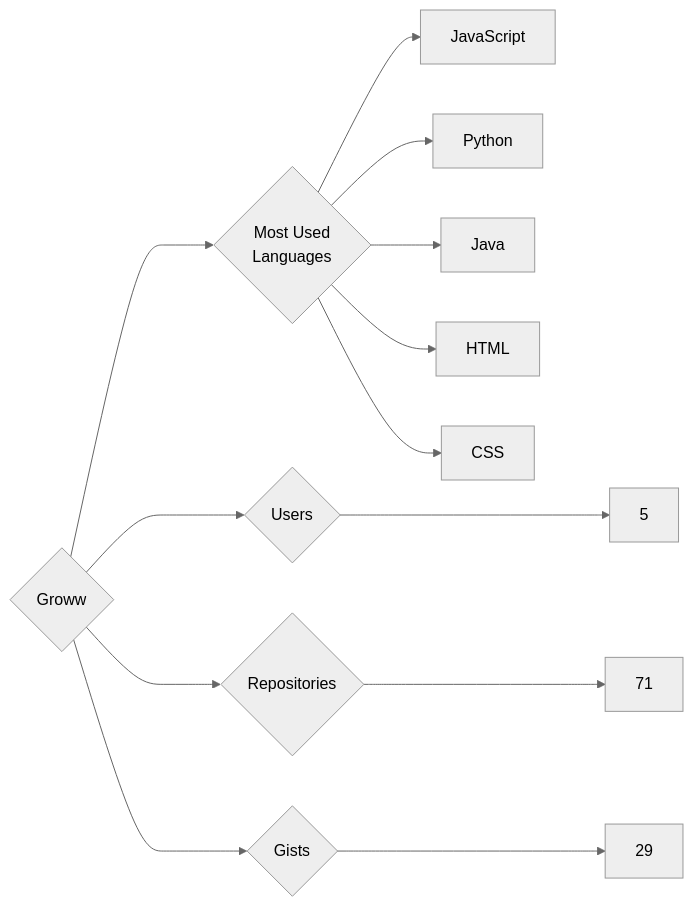
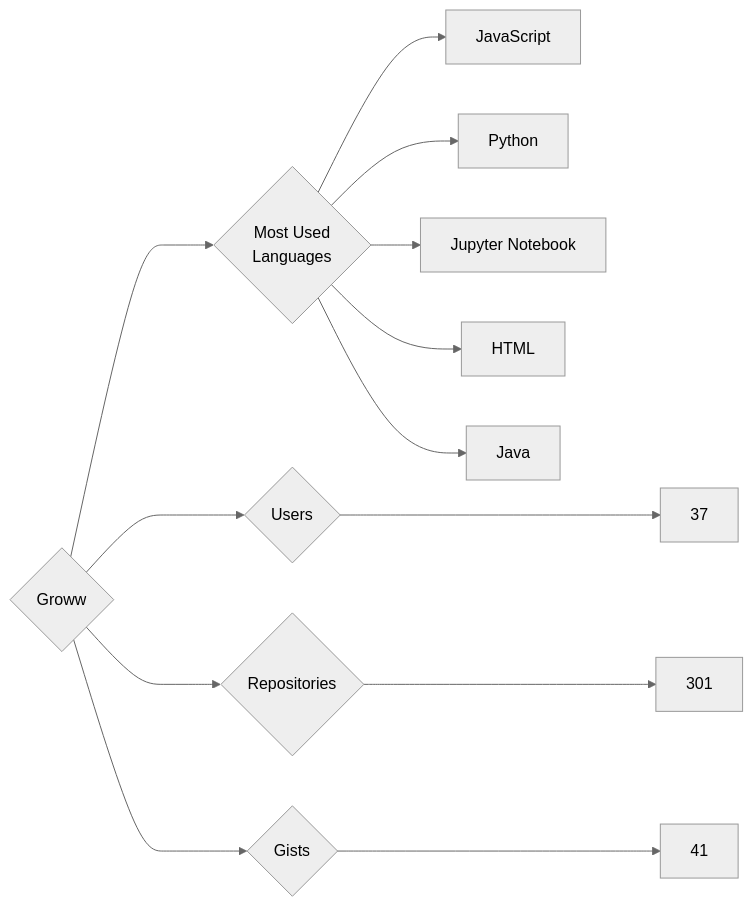
The diagram in targets/Groww/README.md (trickest/insiders), drawn with Mermaid (neutral theme) before and after one commit. The commit also changed 912 other files, not shown here.

````diff
--- a/targets/Groww/README.md
+++ b/targets/Groww/README.md
@@ -3,13 +3,13 @@
 ```mermaid
 graph LR
 COMPANY_NAME{Groww}
-COMPANY_NAME ---> U{Users} ---> UN[5]
-COMPANY_NAME ---> R{Repositories} ---> RN[71]
-COMPANY_NAME ---> G{Gists} ---> GN[29]
+COMPANY_NAME ---> U{Users} ---> UN[37]
+COMPANY_NAME ---> R{Repositories} ---> RN[301]
+COMPANY_NAME ---> G{Gists} ---> GN[41]
 COMPANY_NAME ---> ML{Most Used<br>Languages}
 ML --> JavaScript[JavaScript]
 ML --> Python[Python]
+ML --> Jupyter_Notebook[Jupyter Notebook]
+ML --> HTML[HTML]
 ML --> Java[Java]
-ML --> HTML[HTML]
-ML --> CSS[CSS]
 ```
````
